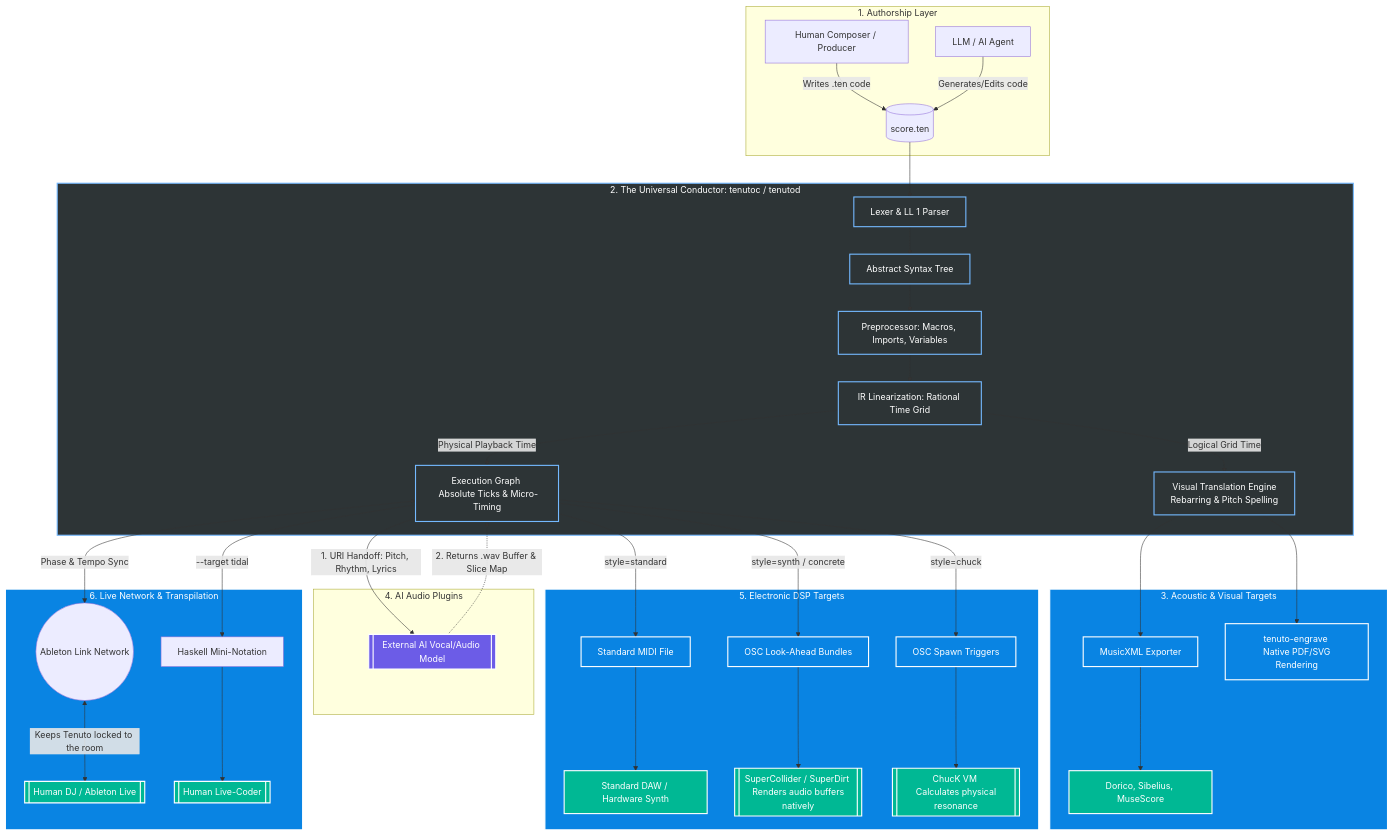
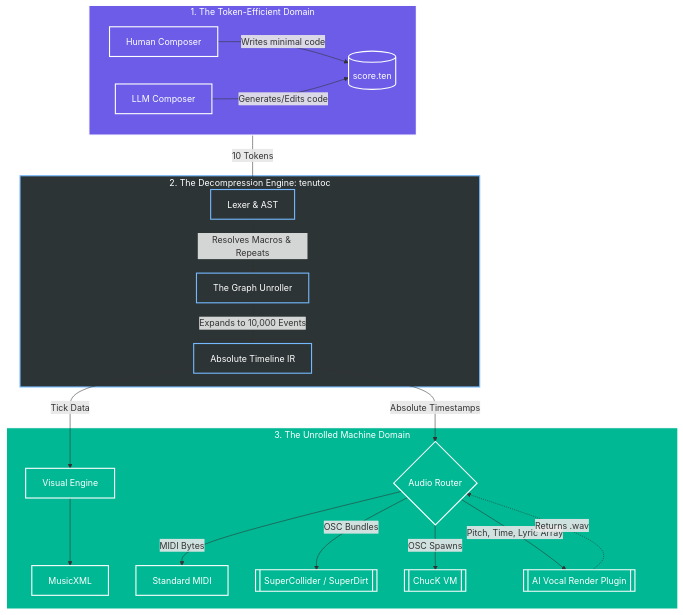
One commit to alec-borman/TenutoNotationLanguage changed the diagram in README.md. Above: the diagram before and after it, drawn with Mermaid.

````diff
--- a/README.md
+++ b/README.md
@@ -106,64 +106,41 @@
 ```mermaid
 graph TD
-    %% 1. Authorship
-    subgraph Input [1. Authorship Layer]
-        H[Human Composer / Producer] -->|Writes .ten code| SRC[(score.ten)]
-        AI[LLM / AI Agent] -->|Generates/Edits code| SRC
+    %% --- TOKEN EFFICIENT DOMAIN (The Brains) ---
+    subgraph TokenDomain [1. The Token-Efficient Domain]
+        direction LR
+        H[Human Composer] -->|Writes minimal code| SRC[(score.ten)]
+        AI_Comp[LLM Composer] -->|Generates/Edits code| SRC
     end
 
-    %% 2. The Brain (Compiler/Daemon)
-    subgraph Core [2. The Universal Conductor: tenutoc / tenutod]
-        SRC --> Lex[Lexer & LL 1 Parser]
-        Lex --> AST[Abstract Syntax Tree]
-        AST --> Pre[Preprocessor: Macros, Imports, Variables]
-        Pre --> IR[IR Linearization: Rational Time Grid]
-        
-        %% The core split: Visual vs Audio
-        IR -->|Logical Grid Time| VisLayer[Visual Translation Engine <br> Rebarring & Pitch Spelling]
-        IR -->|Physical Playback Time| PhysLayer[Execution Graph <br> Absolute Ticks & Micro-Timing]
+    %% --- THE DECOMPRESSION ENGINE (The Compiler) ---
+    subgraph Compiler [2. The Decompression Engine: tenutoc]
+        SRC -->|10 Tokens| Parse[Lexer & AST]
+        Parse -->|Resolves Macros & Repeats| Unroller[The Graph Unroller]
+        Unroller -->|Expands to 10,000 Events| IR[Absolute Timeline IR]
     end
 
-    %% 3. Classical / Visual Outputs
-    subgraph Visual [3. Acoustic & Visual Targets]
-        VisLayer --> XML[MusicXML Exporter]
-        XML --> SheetMusic[Dorico, Sibelius, MuseScore]
-        VisLayer --> Engrave[tenuto-engrave <br> Native PDF/SVG Rendering]
+    %% --- THE UNROLLED DOMAIN (The Machines) ---
+    subgraph MachineDomain [3. The Unrolled Machine Domain]
+        IR -->|Tick Data| Vis[Visual Engine] --> XML[MusicXML]
+        
+        IR -->|Absolute Timestamps| AudioRoute{Audio Router}
+        
+        AudioRoute -->|MIDI Bytes| MIDI[Standard MIDI]
+        AudioRoute -->|OSC Bundles| SC[[SuperCollider / SuperDirt]]
+        AudioRoute -->|OSC Spawns| ChucK[[ChucK VM]]
+        
+        %% The Plugin receives unrolled data, not Tenuto code
+        AudioRoute -->|Pitch, Time, Lyric Array| AI_Sing[[AI Vocal Render Plugin]]
+        AI_Sing -.->|Returns .wav| AudioRoute
     end
 
-    %% 4. AI Plugin Integration (The Loop)
-    subgraph Generative [4. AI Audio Plugins]
-        PhysLayer -->|1. URI Handoff: Pitch, Rhythm, Lyrics| AI_Gen[[External AI Vocal/Audio Model]]
-        AI_Gen -.->|2. Returns .wav Buffer & Slice Map| PhysLayer
-    end
-
-    %% 5. Electronic & DSP Outputs
-    subgraph AudioDSP [5. Electronic DSP Targets]
-        PhysLayer -->|style=standard| MIDI[Standard MIDI File] --> DAW_Trad[Standard DAW / Hardware Synth]
-        
-        PhysLayer -->|style=synth / concrete| OSC1[OSC Look-Ahead Bundles]
-        OSC1 --> SC[[SuperCollider / SuperDirt <br> Renders audio buffers natively]]
-        
-        PhysLayer -->|style=chuck| OSC2[OSC Spawn Triggers]
-        OSC2 --> ChucK[[ChucK VM <br> Calculates physical resonance]]
-    end
-
-    %% 6. Live Performance Integration
-    subgraph Live [6. Live Network & Transpilation]
-        PhysLayer <-->|Phase & Tempo Sync| Link((Ableton Link Network))
-        Link <-->|Keeps Tenuto locked to the room| DJ[[Human DJ / Ableton Live]]
-        
-        PhysLayer -->|--target tidal| Tidal[Haskell Mini-Notation] --> LiveCoder[[Human Live-Coder]]
-    end
-
-    %% Styling for clarity
-    classDef core fill:#2d3436,stroke:#74b9ff,stroke-width:2px,color:#fff;
-    classDef output fill:#0984e3,stroke:#fff,stroke-width:2px,color:#fff;
-    classDef external fill:#00b894,stroke:#fff,stroke-width:2px,color:#fff;
-    classDef ai fill:#6c5ce7,stroke:#fff,stroke-width:2px,color:#fff;
-
-    class Core,Lex,AST,Pre,IR,VisLayer,PhysLayer core;
-    class Visual,AudioDSP,Live,XML,Engrave,MIDI,OSC1,OSC2 output;
-    class SC,ChucK,DAW_Trad,DJ,LiveCoder,SheetMusic external;
-    class AI_Gen ai;
+    %% Styling
+    classDef tokens fill:#6c5ce7,stroke:#fff,stroke-width:2px,color:#fff;
+    classDef compiler fill:#2d3436,stroke:#74b9ff,stroke-width:2px,color:#fff;
+    classDef machines fill:#00b894,stroke:#fff,stroke-width:2px,color:#fff;
+    
+    class TokenDomain,H,AI_Comp,SRC tokens;
+    class Compiler,Parse,Unroller,IR compiler;
+    class MachineDomain,Vis,XML,AudioRoute,MIDI,SC,ChucK,AI_Sing machines;
 
 ```
````
